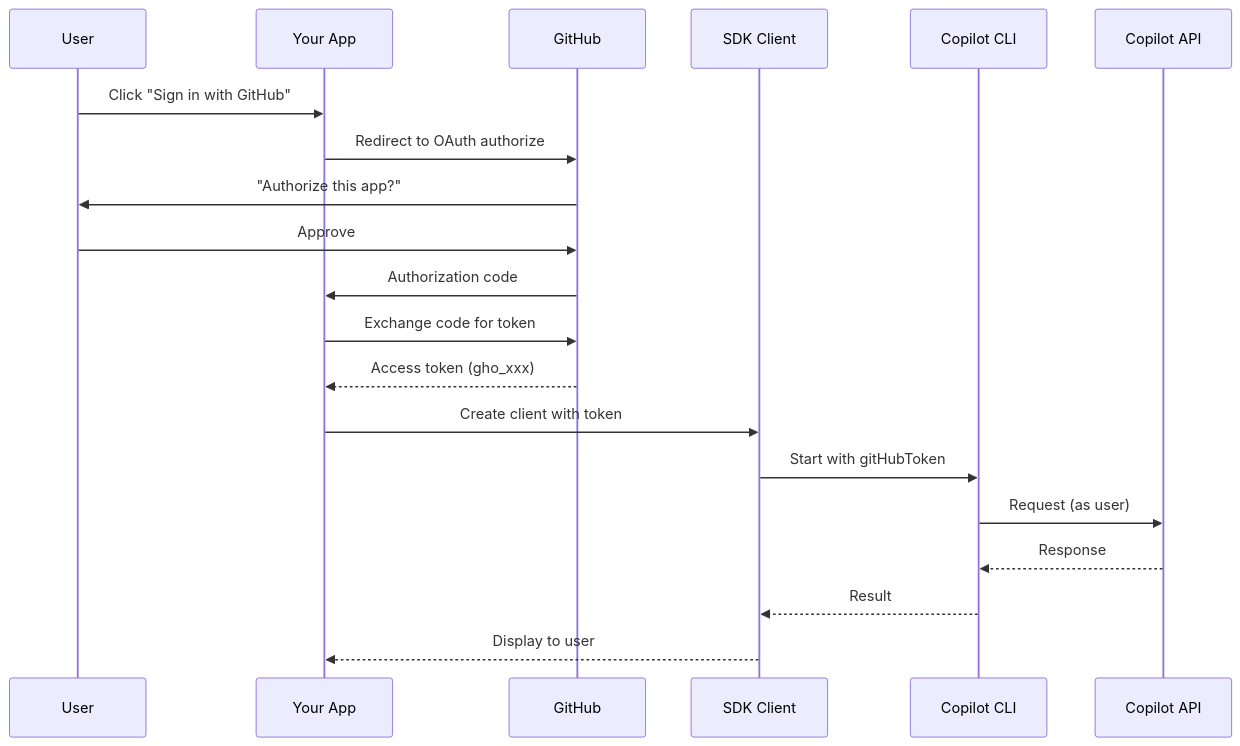
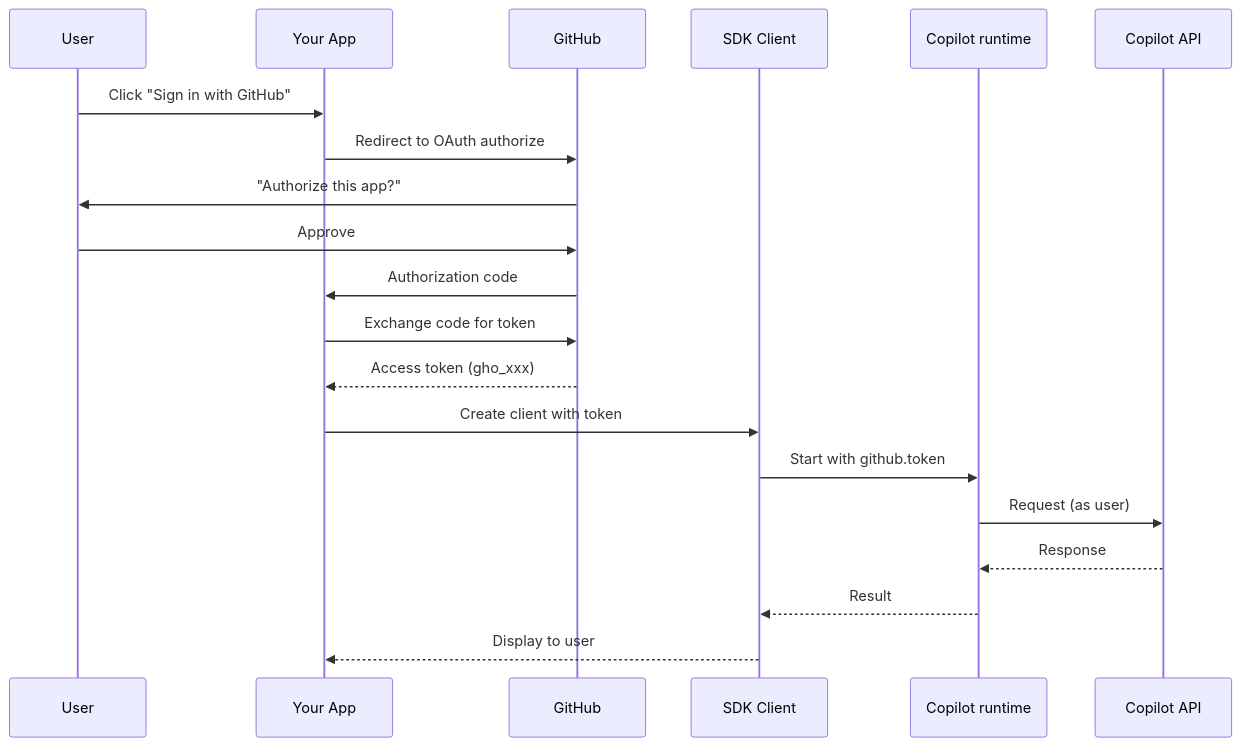
One commit to jeremiahjordanisaacson/copilot-sdk-supercharged changed the first of 4 diagrams in docs/setup/github-oauth.md. Above: the diagram before and after it, drawn with Mermaid. The commit also changed other lines of this file and 35 other files, not shown here.

````diff
--- a/docs/setup/github-oauth.md
+++ b/docs/setup/github-oauth.md
@@ -11,24 +11,24 @@
 ```mermaid
 sequenceDiagram
     participant User
     participant App as Your App
     participant GH as GitHub
     participant SDK as SDK Client
-    participant CLI as Copilot CLI
+    participant Runtime as Copilot runtime
     participant API as Copilot API
 
     User->>App: Click "Sign in with GitHub"
     App->>GH: Redirect to OAuth authorize
     GH->>User: "Authorize this app?"
     User->>GH: Approve
     GH->>App: Authorization code
     App->>GH: Exchange code for token
     GH-->>App: Access token (gho_xxx)
 
     App->>SDK: Create client with token
-    SDK->>CLI: Start with gitHubToken
-    CLI->>API: Request (as user)
-    API-->>CLI: Response
-    CLI-->>SDK: Result
+    SDK->>Runtime: Start with github.token
+    Runtime->>API: Request (as user)
+    API-->>Runtime: Response
+    Runtime-->>SDK: Result
     SDK-->>App: Display to user
 ```
````
